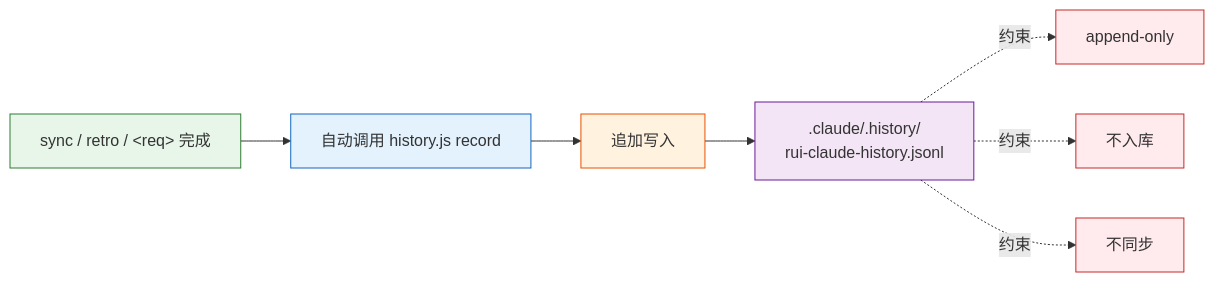
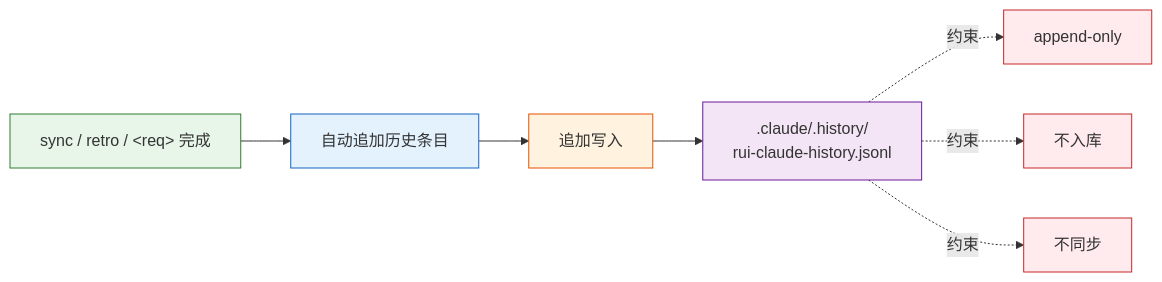
One commit to effiy/YrY changed the fifth of 7 diagrams in skills/rui-claude/SKILL.md. Above: the diagram before and after it, drawn with Mermaid. The commit also changed other lines of this file and 14 other files, not shown here.

````diff
--- a/skills/rui-claude/SKILL.md
+++ b/skills/rui-claude/SKILL.md
@@ -114,16 +114,16 @@
 ```mermaid
 flowchart LR
-    CMD["sync / retro / &lt;req&gt; 完成"]:::src --> AUTO["自动调用 history.js record"]:::op
+    CMD["sync / retro / &lt;req&gt; 完成"]:::src --> AUTO["自动追加历史条目"]:::op
     AUTO --> APPEND["追加写入"]:::store
     APPEND --> FILE[".claude/.history/<br/>rui-claude-history.jsonl"]:::file
 
     FILE -.->|"约束"| C1["append-only"]:::rule
     FILE -.->|"约束"| C2["不入库"]:::rule
     FILE -.->|"约束"| C3["不同步"]:::rule
 
     classDef src fill:#e8f5e9,stroke:#2e7d32;
     classDef op fill:#e3f2fd,stroke:#1565c0;
     classDef store fill:#fff3e0,stroke:#e65100;
     classDef file fill:#f3e5f5,stroke:#6a1b9a;
     classDef rule fill:#ffebee,stroke:#c62828;
 ```
````
